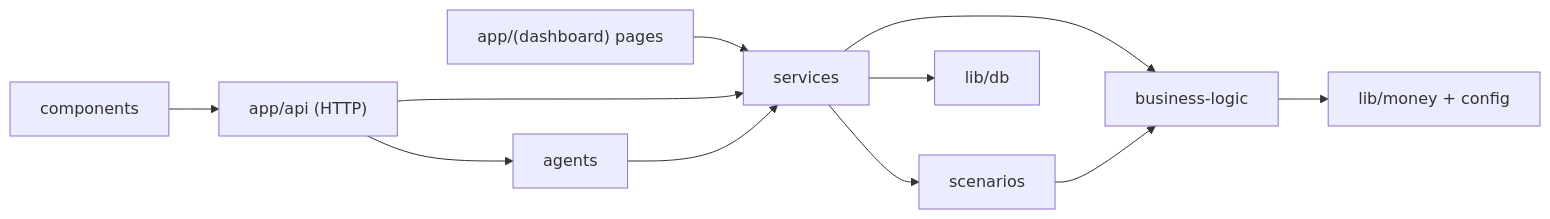
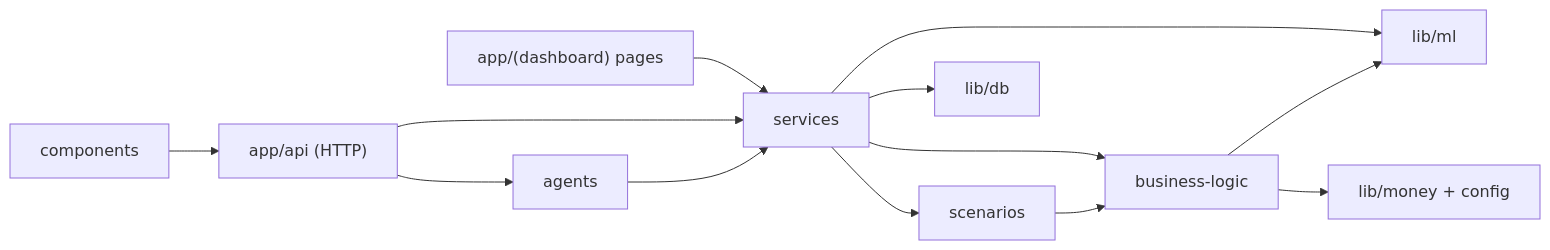
One commit to rushshah973/pharmaos changed the third of 23 diagrams in architecture.md. Above: the diagram before and after it, drawn with Mermaid. The commit also changed other lines of this file and 6 other files, not shown here.

````diff
--- a/architecture.md
+++ b/architecture.md
@@ -113,13 +117,15 @@
 ```mermaid
 flowchart LR
     components --> app_routes["app/api (HTTP)"]
     pages["app/(dashboard) pages"] --> services
     app_routes --> services
     app_routes --> agents
     agents --> services
     services --> business_logic["business-logic"]
+    services --> ml["lib/ml"]
+    business_logic --> ml
     services --> scenarios
     services --> db["lib/db"]
     scenarios --> business_logic
     business_logic --> money["lib/money + config"]
 ```
````
